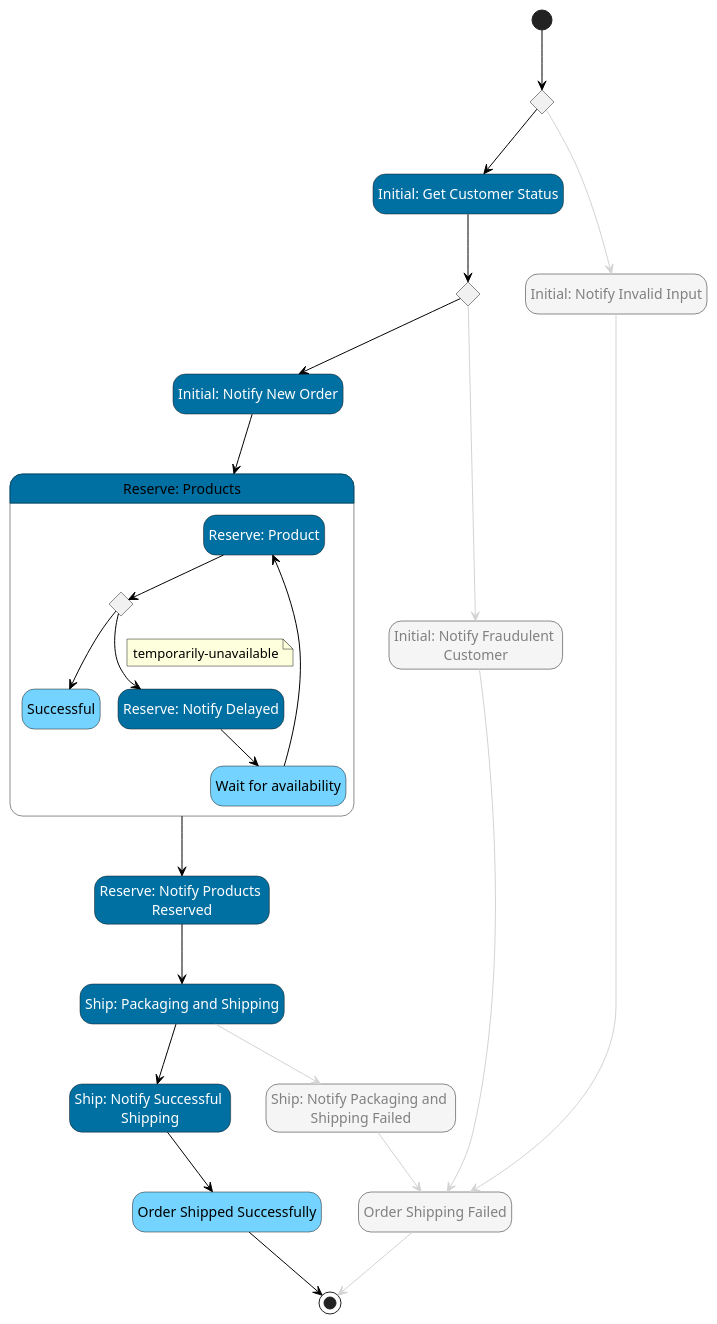
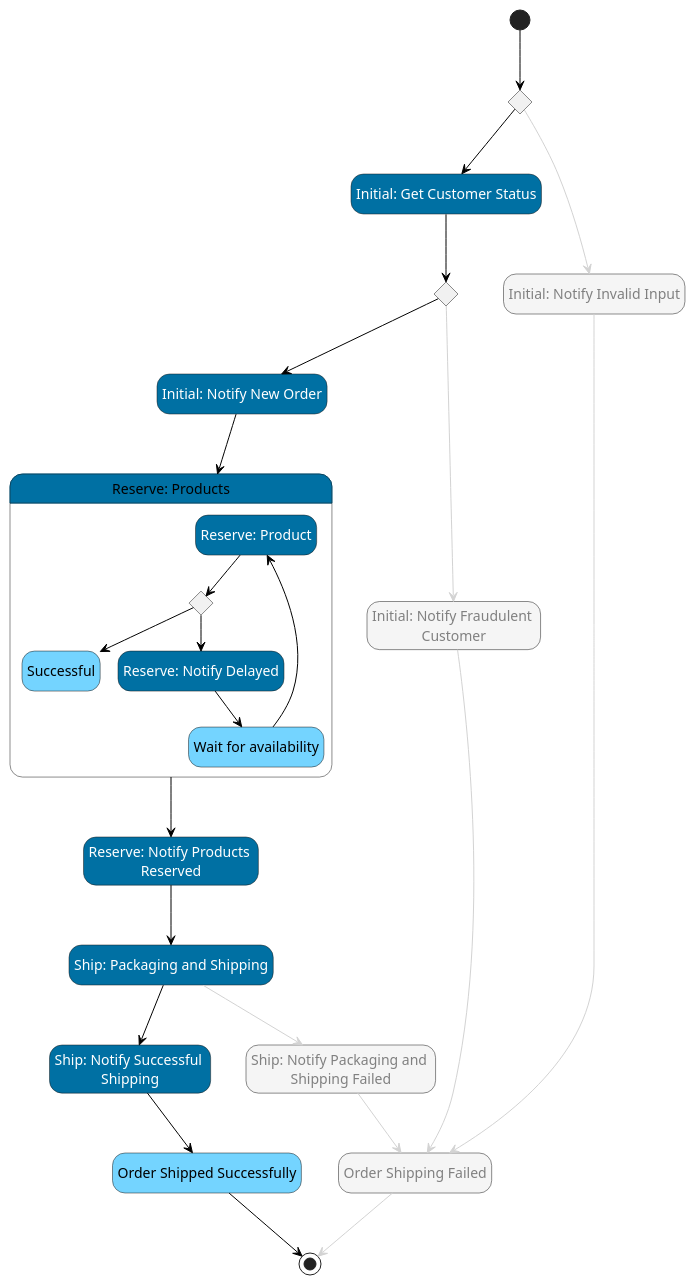
One commit to massfords/asl-puml changed the diagram in src/__tests__/pumls/aws-example-ship-order.asl.puml. Above: the diagram before and after it, drawn with PlantUML. The commit also changed 5 other files, not shown here.

```diff
--- a/src/__tests__/pumls/aws-example-ship-order.asl.puml
+++ b/src/__tests__/pumls/aws-example-ship-order.asl.puml
@@ -1,94 +1,91 @@
 @startuml
 hide empty description
 skinparam ArrowColor #black
 skinparam state {
 
     BackgroundColor<<Choice>> #whitesmoke
     FontColor<<Choice>> automatic
 
     BackgroundColor<<aslFail>> #red
     FontColor<<aslFail>> automatic
 
     BackgroundColor<<aslMap>> #whitesmoke
 
     BackgroundColor<<aslSucceed>> #green
     FontColor<<aslSucceed>> automatic
 
     BackgroundColor<<aslTask>> #lightblue
     FontColor<<aslTask>> automatic
 
     BackgroundColor<<aslWait>> #whitesmoke
     FontColor<<aslWait>> automatic
     BackgroundColor<<Compensate>> #orange
     FontColor<<CustomStyle0>> automatic
     BackgroundColor<<CustomStyle0>> #0070a3
     FontColor<<CustomStyle1>> automatic
     BackgroundColor<<CustomStyle1>> #gray
     FontColor<<CustomStyle2>> automatic
     BackgroundColor<<CustomStyle2>> #0070a3
     FontColor<<CustomStyle3>> automatic
     BackgroundColor<<CustomStyle3>> #0070a3
     FontColor<<CustomStyle4>> automatic
     BackgroundColor<<CustomStyle4>> #0070a3
     FontColor<<CustomStyle5>> automatic
     BackgroundColor<<CustomStyle5>> #74d4ff
     FontColor<<CustomStyle6>> automatic
     BackgroundColor<<CustomStyle6>> #74d4ff
     FontColor<<CustomStyle7>> automatic
     BackgroundColor<<CustomStyle7>> #0070a3
     FontColor<<CustomStyle8>> automatic
     BackgroundColor<<CustomStyle8>> #0070a3
     FontColor<<CustomStyle9>> automatic
     BackgroundColor<<CustomStyle9>> #0070a3
     FontColor<<CustomStyle10>> automatic
     BackgroundColor<<CustomStyle10>> #0070a3
     FontColor<<CustomStyle11>> automatic
     BackgroundColor<<CustomStyle11>> #74d4ff
     FontColor<<CustomStyle12>> gray
     BackgroundColor<<CustomStyle12>> #whitesmoke
 }
 state "Initial: Validate Input" as state1<<Choice>>
 state "Initial: Get Customer Status" as state2<<CustomStyle0>>
 state "Do Fraud Check" as state3<<Choice>>
 state "Initial: Notify New Order" as state4<<CustomStyle2>>
 state "Reserve: Products" as state5<<CustomStyle3>> {
 state "Reserve: Product" as state14<<CustomStyle4>>
 state "Choice" as state15<<Choice>>
 state "Successful" as state16<<CustomStyle6>>
 state "Reserve: Notify Delayed" as state17<<CustomStyle7>>
 state "Wait for availability" as state18<<CustomStyle5>>
 }
 state "Reserve: Notify Products \nReserved" as state6<<CustomStyle8>>
 state "Ship: Packaging and Shipping" as state7<<CustomStyle9>>
 state "Ship: Notify Successful \nShipping" as state8<<CustomStyle10>>
 state "Ship: Notify Packaging and \nShipping Failed" as state9<<CustomStyle12>>
 state "Initial: Notify Fraudulent \nCustomer" as state10<<CustomStyle12>>
 state "Order Shipping Failed" as state11<<CustomStyle12>>
 state "Order Shipped Successfully" as state12<<CustomStyle11>>
 state "Initial: Notify Invalid Input" as state13<<CustomStyle12>>
 [*] --> state1
 state1 -[#lightgray]-> state13
 state1 --> state2
 state2 --> state3
 state3 -[#lightgray]-> state10
 state3 --> state4
 state4 --> state5
 state5 --> state6
 state6 --> state7
 state7 --> state8
 state7 -[#lightgray]-> state9
 state8 --> state12
 state9 -[#lightgray]-> state11
 state10 -[#lightgray]-> state11
 state11 -[#lightgray]-> [*]
 state12 --> [*]
 state13 -[#lightgray]-> state11
 state14 --> state15
 state15 --> state17
-note on link
-temporarily-unavailable
-end note
 state15 --> state16
 state17 --> state18
 state18 --> state14
 @enduml
```
